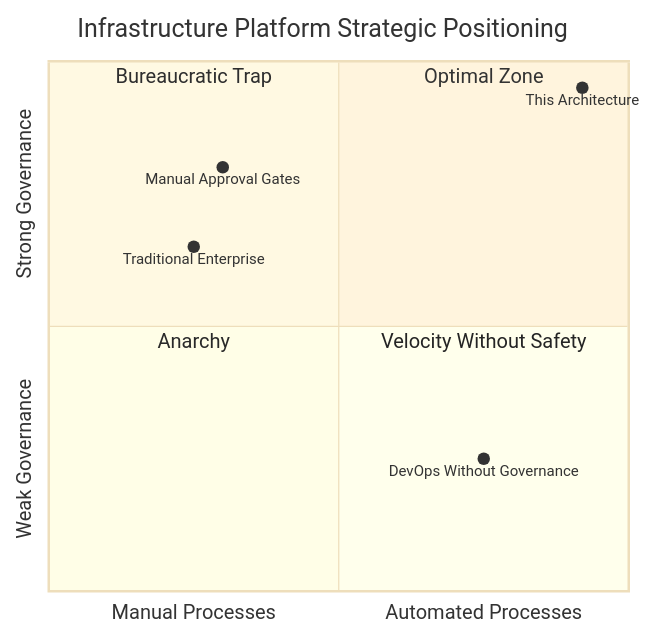
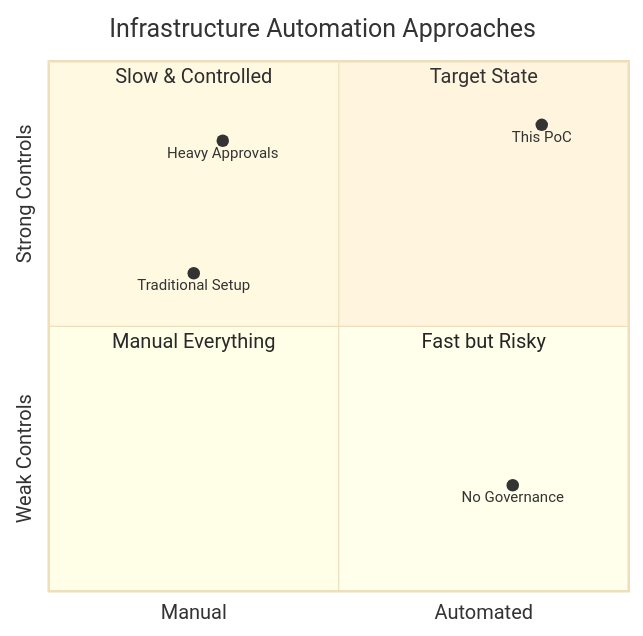
One commit to Terraform-centilazed-pipline/centerlized-pipline- changed the second of 24 diagrams in EXECUTIVE-WORKFLOW-OVERVIEW.md. Above: the diagram before and after it, drawn with Mermaid. The commit also changed other lines of this file, not shown here.

````diff
--- a/EXECUTIVE-WORKFLOW-OVERVIEW.md
+++ b/EXECUTIVE-WORKFLOW-OVERVIEW.md
@@ -95,15 +93,15 @@
 ```mermaid
 %%{init: {'theme':'base'}}%%
 quadrantChart
-    title Infrastructure Platform Strategic Positioning
-    x-axis Manual Processes --> Automated Processes
-    y-axis Weak Governance --> Strong Governance
-    quadrant-1 "Optimal Zone"
-    quadrant-2 "Bureaucratic Trap"
-    quadrant-3 "Anarchy"
-    quadrant-4 "Velocity Without Safety"
-    "Traditional Enterprise": [0.25, 0.65]
-    "DevOps Without Governance": [0.75, 0.25]
-    "Manual Approval Gates": [0.30, 0.80]
-    "This Architecture": [0.92, 0.95]
+    title Infrastructure Automation Approaches
+    x-axis Manual --> Automated
+    y-axis Weak Controls --> Strong Controls
+    quadrant-1 "Target State"
+    quadrant-2 "Slow & Controlled"
+    quadrant-3 "Manual Everything"
+    quadrant-4 "Fast but Risky"
+    "Traditional Setup": [0.25, 0.60]
+    "No Governance": [0.80, 0.20]
+    "Heavy Approvals": [0.30, 0.85]
+    "This PoC": [0.85, 0.88]
 ```
````
